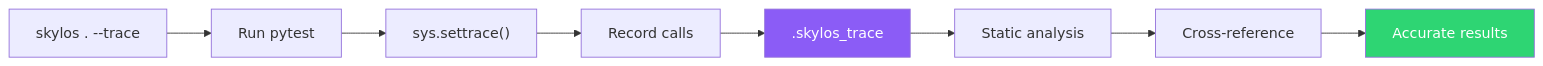
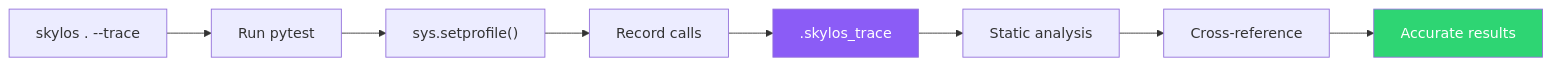
Before and after one commit to duriantaco/skylos-docs: the diagram in docs/smart-tracing.mdx, drawn with Mermaid. The commit also changed other lines of this file and 59 other files, not shown here.

````diff
--- a/docs/smart-tracing.mdx
+++ b/docs/smart-tracing.mdx
@@ -48,13 +48,13 @@
 ```mermaid
 flowchart LR
     A["skylos . --trace"] --> B["Run pytest"]
-    B --> C["sys.settrace()"]
+    B --> C["sys.setprofile()"]
     C --> D["Record calls"]
     D --> E[".skylos_trace"]
     E --> F["Static analysis"]
     F --> G["Cross-reference"]
     G --> H["Accurate results"]
     
     style E fill:#8B5CF6,color:#fff
     style H fill:#2ed573,color:#fff
 ```
````
